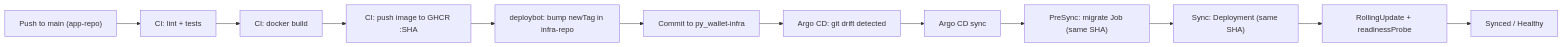
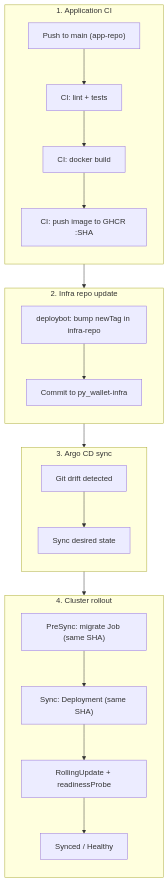
The diagram in README.md (amysyutin/py_wallet-infra), drawn with Mermaid before and after one commit.

Commit message:
README file refactor

````diff
--- a/README.md
+++ b/README.md
@@ -18,17 +18,30 @@
 ```mermaid
-flowchart LR
-  pushMain["Push to main (app-repo)"] --> ciTest["CI: lint + tests"]
-  ciTest --> ciBuild["CI: docker build"]
-  ciBuild --> ciPush["CI: push image to GHCR :SHA"]
+flowchart TB
+  subgraph appRepo["1. Application CI"]
+    direction TB
+    pushMain["Push to main (app-repo)"] --> ciTest["CI: lint + tests"]
+    ciTest --> ciBuild["CI: docker build"]
+    ciBuild --> ciPush["CI: push image to GHCR :SHA"]
+  end
 
-  ciPush --> updateInfra["deploybot: bump newTag in infra-repo"]
-  updateInfra --> infraCommit["Commit to py_wallet-infra"]
+  subgraph infraRepo["2. Infra repo update"]
+    direction TB
+    updateInfra["deploybot: bump newTag in infra-repo"] --> infraCommit["Commit to py_wallet-infra"]
+  end
 
-  infraCommit --> argoDetect["Argo CD: git drift detected"]
-  argoDetect --> argoSync["Argo CD sync"]
+  subgraph argoCd["3. Argo CD sync"]
+    direction TB
+    argoDetect["Git drift detected"] --> argoSync["Sync desired state"]
+  end
 
-  argoSync --> preSync["PreSync: migrate Job (same SHA)"]
-  preSync --> deploy["Sync: Deployment (same SHA)"]
-  deploy --> rollout["RollingUpdate + readinessProbe"]
-  rollout --> healthy["Synced / Healthy"]
+  subgraph cluster["4. Cluster rollout"]
+    direction TB
+    preSync["PreSync: migrate Job (same SHA)"] --> deploy["Sync: Deployment (same SHA)"]
+    deploy --> rollout["RollingUpdate + readinessProbe"]
+    rollout --> healthy["Synced / Healthy"]
+  end
+
+  ciPush --> updateInfra
+  infraCommit --> argoDetect
+  argoSync --> preSync
 ```
````
